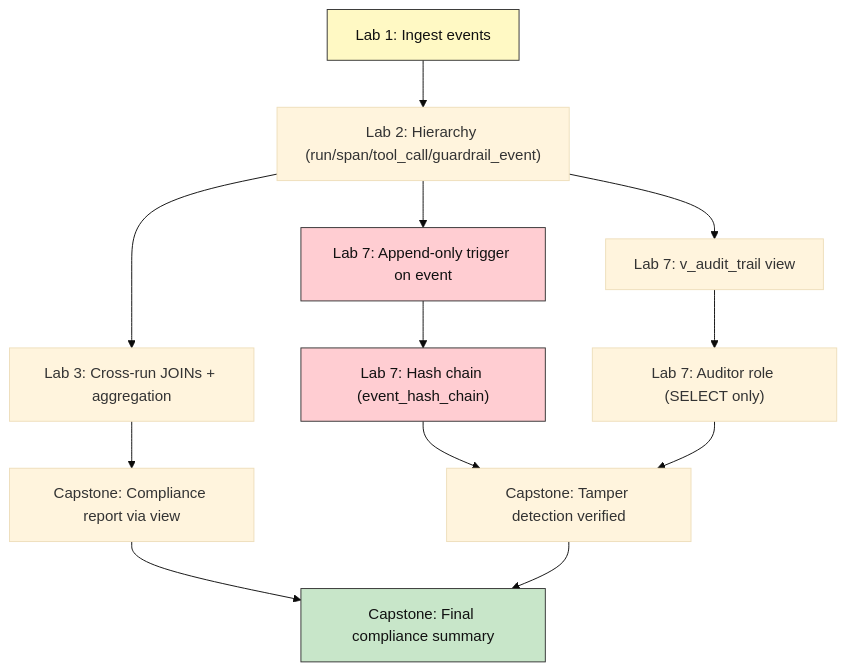
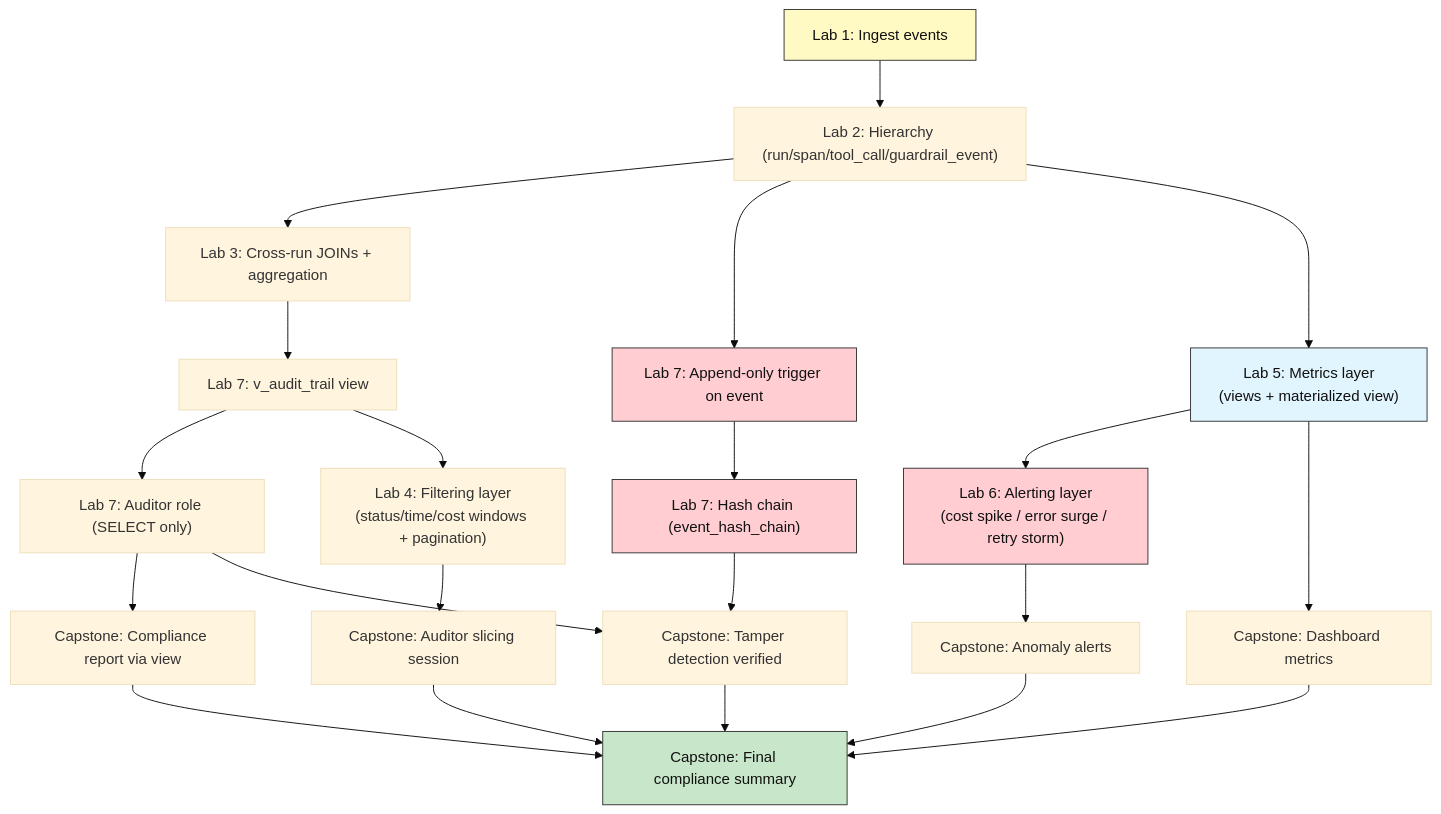
One commit to CogKnowEdge-Solutions/Context-Memory-Layer changed the first of 3 diagrams in Audit-DB-Labs/Lab 8 - Capstone Project - Agent Audit and Compliance Platform/lab-capstone-project.md. Above: the diagram before and after it, drawn with Mermaid (base theme). The commit also changed other lines of this file and 32 other files, not shown here.

First line of the commit message:
feat: add MongoDB Labs 6-7 and Audit DB Lab 6, update labs across modules

````diff
--- a/Audit-DB-Labs/Lab 8 - Capstone Project - Agent Audit and Compliance Platform/lab-capstone-project.md
+++ b/Audit-DB-Labs/Lab 8 - Capstone Project - Agent Audit and Compliance Platform/lab-capstone-project.md
@@ -43,18 +47,29 @@
 ```mermaid
 flowchart TD
     A["Lab 1: Ingest events"] --> B["Lab 2: Hierarchy (run/span/tool_call/guardrail_event)"]
     B --> C["Lab 3: Cross-run JOINs + aggregation"]
     B --> D["Lab 7: Append-only trigger on event"]
     D --> E["Lab 7: Hash chain (event_hash_chain)"]
-    B --> F["Lab 7: v_audit_trail view"]
+    C --> F["Lab 7: v_audit_trail view"]
     F --> G["Lab 7: Auditor role (SELECT only)"]
-    C --> H["Capstone: Compliance report via view"]
+    F --> FIL["Lab 4: Filtering layer<br/>(status/time/cost windows + pagination)"]
+    B --> MET["Lab 5: Metrics layer<br/>(views + materialized view)"]
+    MET --> AL["Lab 6: Alerting layer<br/>(cost spike / error surge / retry storm)"]
+    G --> H["Capstone: Compliance report via view"]
+    FIL --> K["Capstone: Auditor slicing session"]
+    MET --> L["Capstone: Dashboard metrics"]
+    AL --> N["Capstone: Anomaly alerts"]
     E --> I["Capstone: Tamper detection verified"]
     G --> I
-    H --> J["Capstone: Final compliance summary"]
+    K --> J["Capstone: Final compliance summary"]
+    H --> J
+    L --> J
+    N --> J
     I --> J
     style A fill:#fff9c4,stroke:#333,color:#111
     style D fill:#ffcdd2,stroke:#333,color:#111
     style E fill:#ffcdd2,stroke:#333,color:#111
+    style MET fill:#e1f5ff,stroke:#333,color:#111
+    style AL fill:#ffcdd2,stroke:#333,color:#111
     style J fill:#c8e6c9,stroke:#333,color:#111
 ```
````
